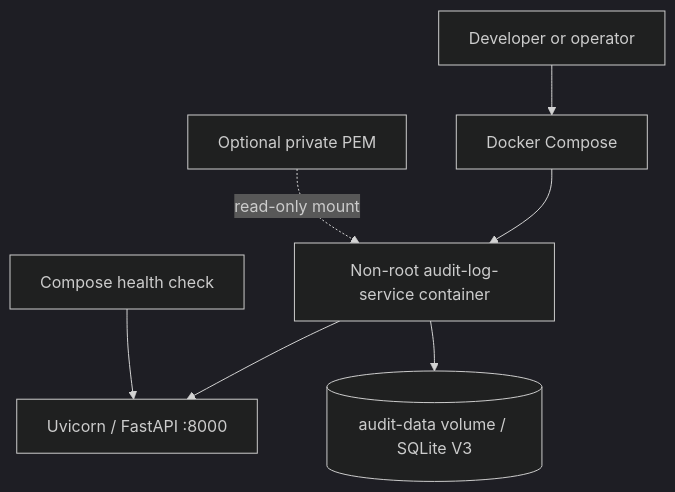
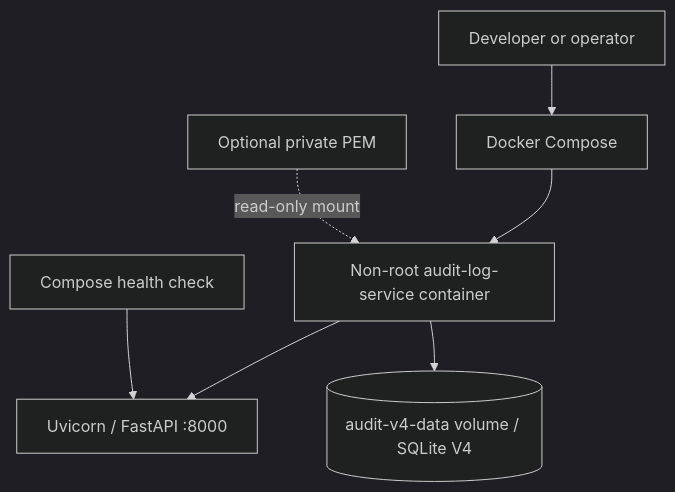
Before and after one commit to rmohammedadil/audit-log-service: the fourth of 5 diagrams in docs/architecture.md, drawn with Mermaid (dark theme). The commit also changed other lines of this file and 37 other files, not shown here.

````diff
--- a/docs/architecture.md
+++ b/docs/architecture.md
@@ -201,9 +231,9 @@
 ```mermaid
 flowchart TB
     Operator[Developer or operator] --> Compose[Docker Compose]
     Compose --> Container[Non-root audit-log-service container]
     Container --> API[Uvicorn / FastAPI :8000]
-    Container --> Volume[(audit-data volume / SQLite V3)]
+    Container --> Volume[(audit-v4-data volume / SQLite V4)]
     Key[Optional private PEM] -. read-only mount .-> Container
     Probe[Compose health check] --> API
 ```
````
